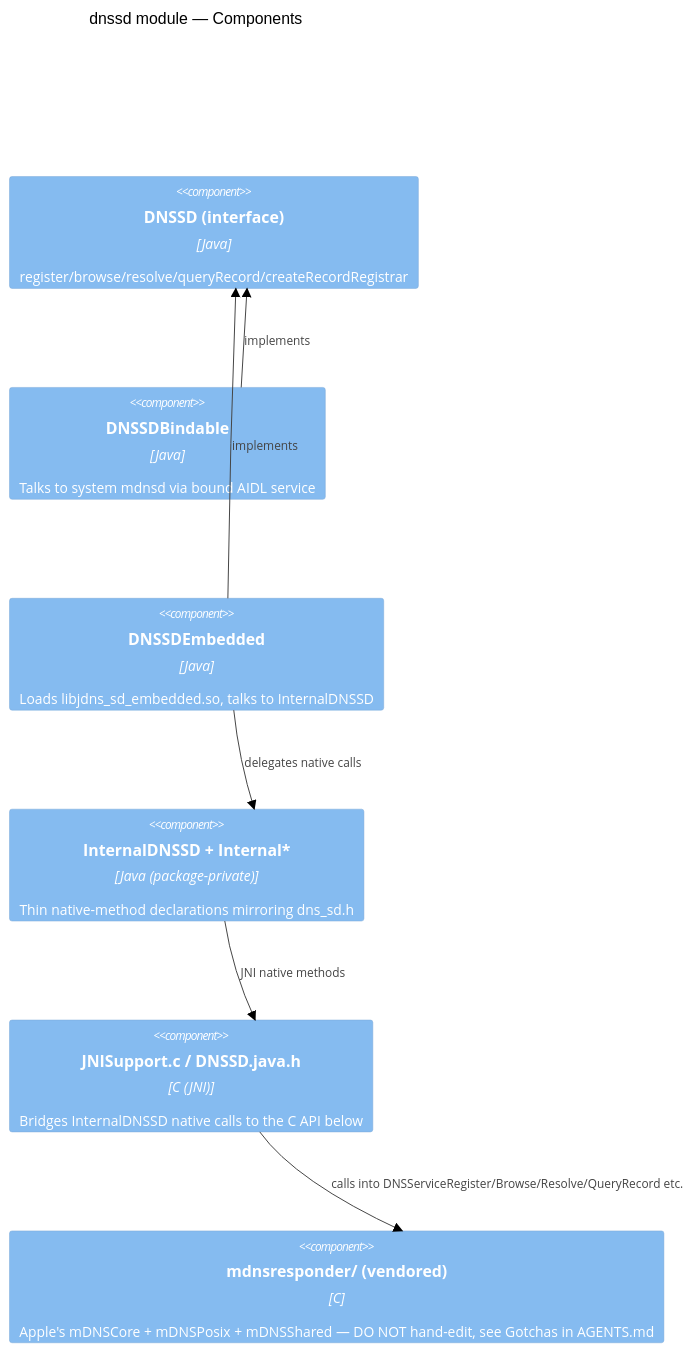
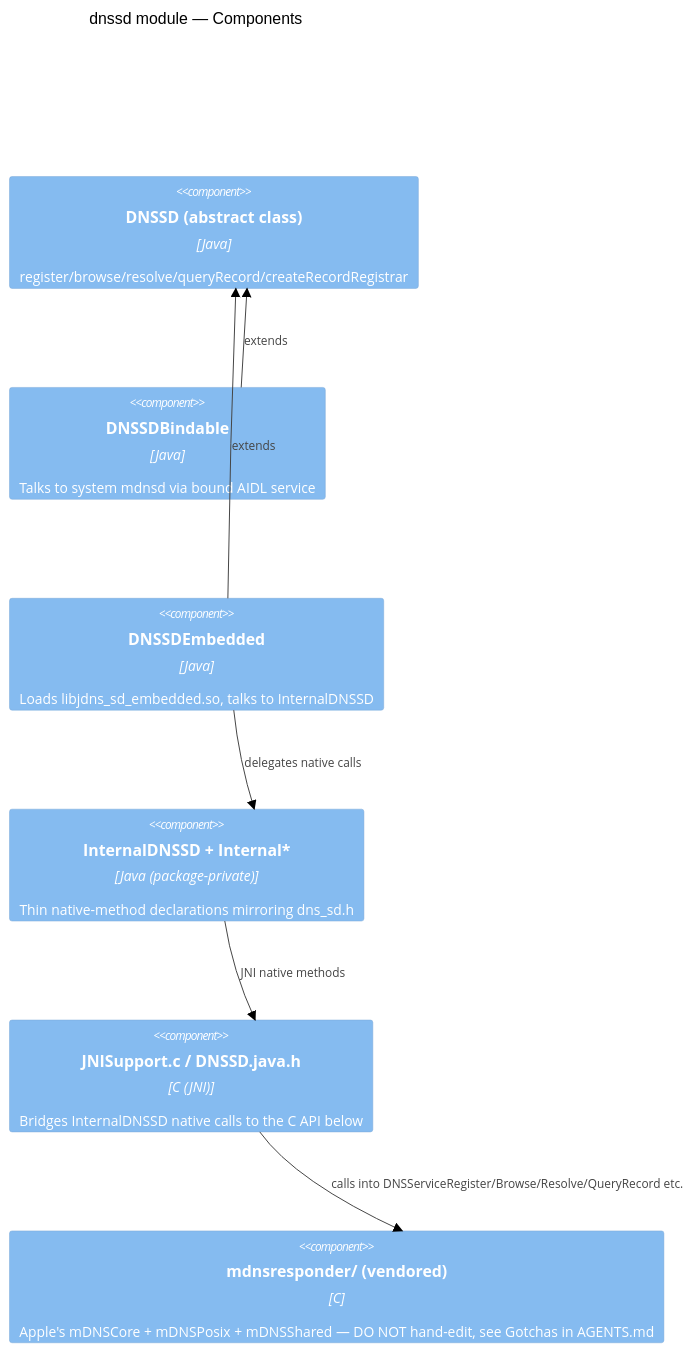
One commit to DisplayNote/RxDNSSD changed the third of 4 diagrams in docs/architecture.md. Above: the diagram before and after it, drawn with Mermaid (neutral theme). The commit also changed other lines of this file and 3 other files, not shown here.

First line of the commit message:
docs: correct DNSSD as an abstract class, not an interface

````diff
--- a/docs/architecture.md
+++ b/docs/architecture.md
@@ -41,17 +41,17 @@
 ```mermaid
 C4Component
     title dnssd module — Components
 
-    Component(dnssdIface, "DNSSD (interface)", "Java", "register/browse/resolve/queryRecord/createRecordRegistrar")
+    Component(dnssdIface, "DNSSD (abstract class)", "Java", "register/browse/resolve/queryRecord/createRecordRegistrar")
     Component(bindable, "DNSSDBindable", "Java", "Talks to system mdnsd via bound AIDL service")
     Component(embedded, "DNSSDEmbedded", "Java", "Loads libjdns_sd_embedded.so, talks to InternalDNSSD")
     Component(internal, "InternalDNSSD + Internal*", "Java (package-private)", "Thin native-method declarations mirroring dns_sd.h")
     Component(jni, "JNISupport.c / DNSSD.java.h", "C (JNI)", "Bridges InternalDNSSD native calls to the C API below")
     Component(core, "mdnsresponder/ (vendored)", "C", "Apple's mDNSCore + mDNSPosix + mDNSShared — DO NOT hand-edit, see Gotchas in AGENTS.md")
 
-    Rel(bindable, dnssdIface, "implements")
-    Rel(embedded, dnssdIface, "implements")
+    Rel(bindable, dnssdIface, "extends")
+    Rel(embedded, dnssdIface, "extends")
     Rel(embedded, internal, "delegates native calls")
     Rel(internal, jni, "JNI native methods")
     Rel(jni, core, "calls into DNSServiceRegister/Browse/Resolve/QueryRecord etc.")
 ```
````
